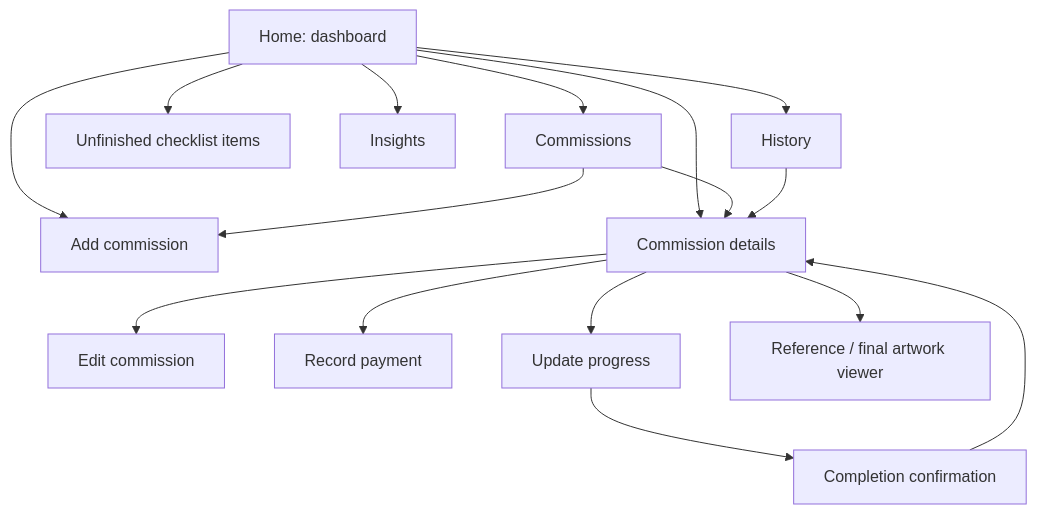
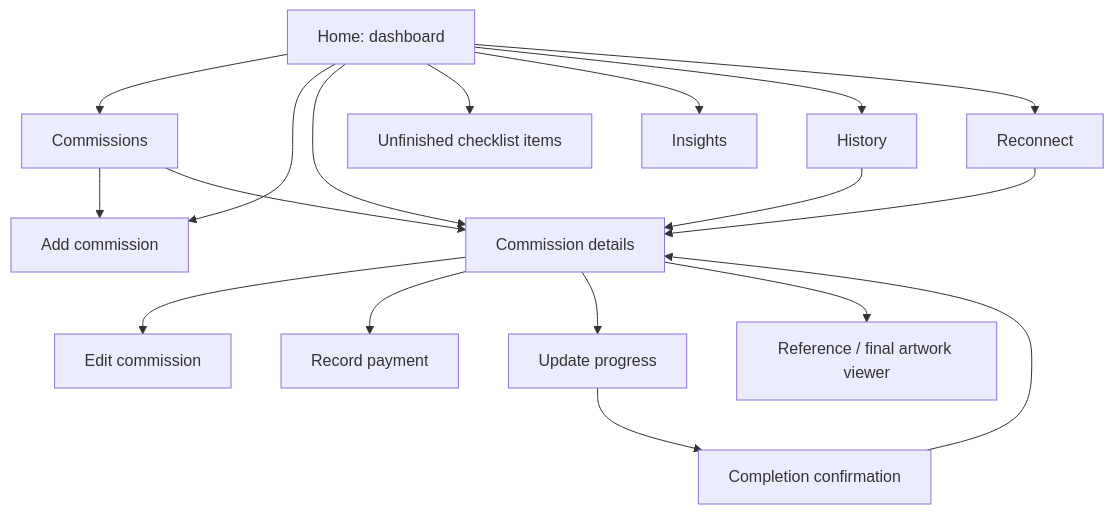
One commit to yezdenz/obra changed the diagram in docs/screens.md. Above: the diagram before and after it, drawn with Mermaid. The commit also changed other lines of this file and 33 other files, not shown here.

````diff
--- a/docs/screens.md
+++ b/docs/screens.md
@@ -75,18 +79,20 @@
 ```mermaid
 flowchart TD
     Home[Home: dashboard] --> List[Commissions]
     Home --> Add[Add commission]
     Home --> Detail[Commission details]
     Home --> Tasks[Unfinished checklist items]
     Home --> Insights[Insights]
     Home --> History[History]
+    Home --> Reconnect[Reconnect]
+    Reconnect --> Detail
     List --> Add
     List --> Detail
     History --> Detail
     Detail --> Edit[Edit commission]
     Detail --> Payment[Record payment]
     Detail --> Progress[Update progress]
     Progress --> Finish[Completion confirmation]
     Finish --> Detail
     Detail --> Image[Reference / final artwork viewer]
 ```
````
